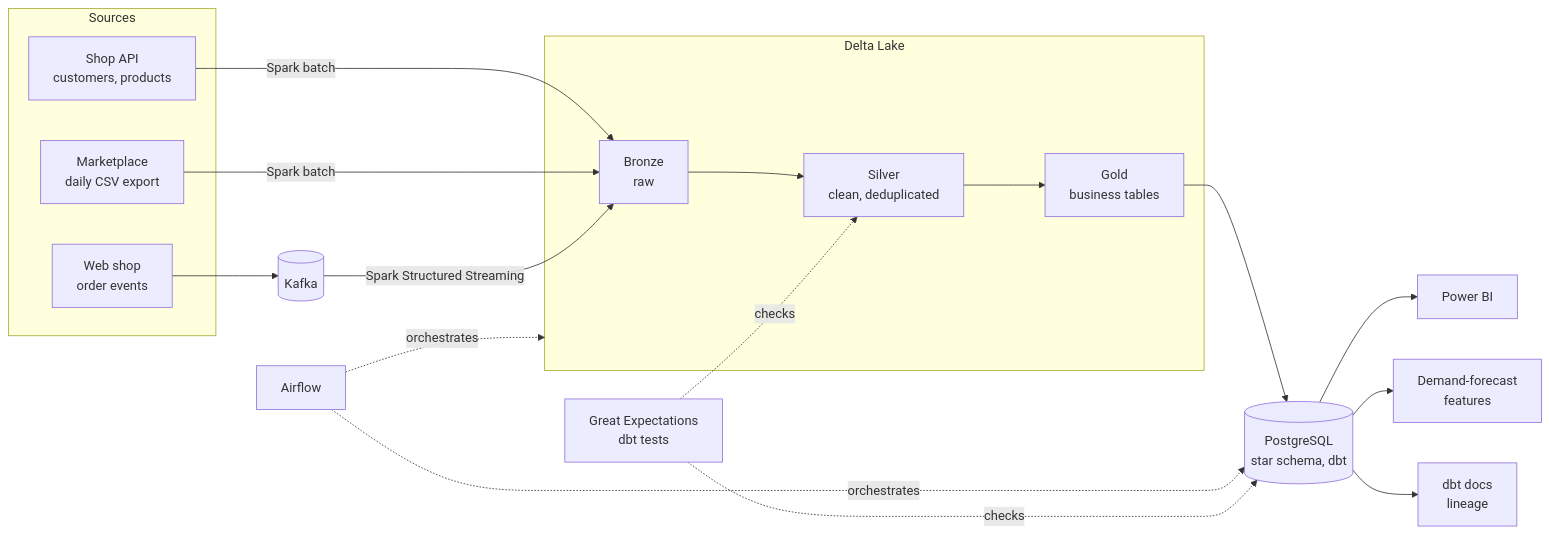
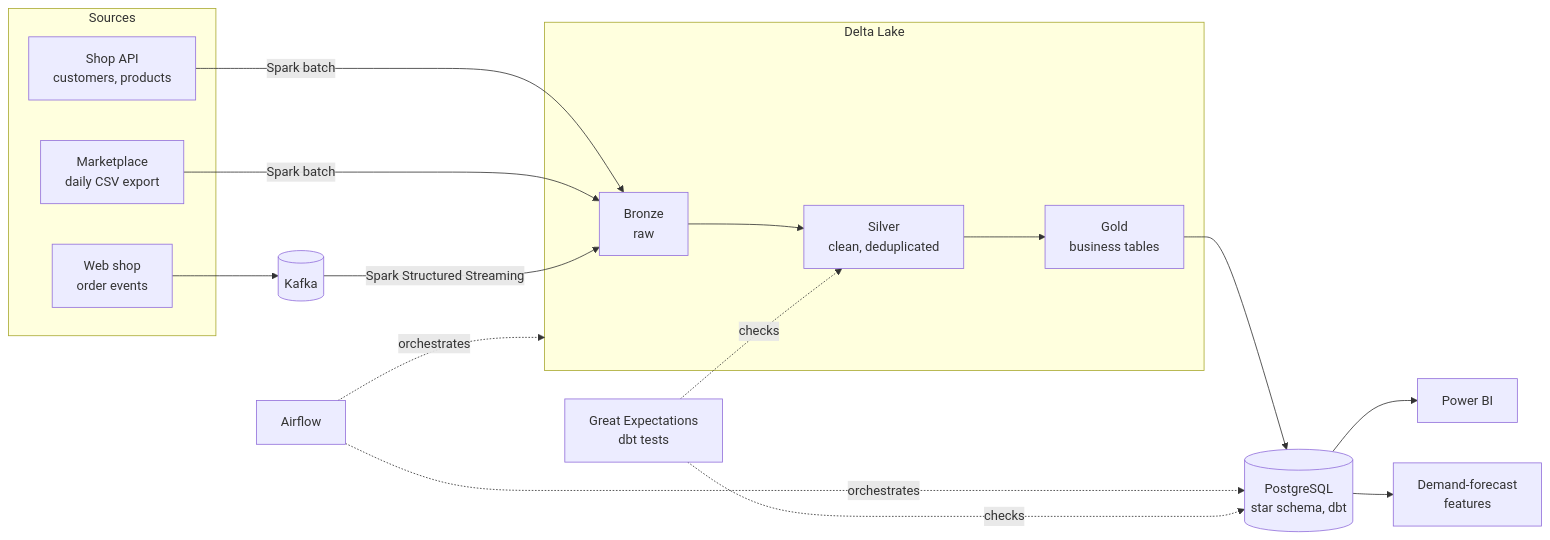
The diagram in README.md (Oussama-essalehi/ecommerce-data-platform), drawn with Mermaid before and after one commit. The commit also changed other lines of this file and 6 other files, not shown here.

````diff
--- a/README.md
+++ b/README.md
@@ -23,28 +23,27 @@
 ```mermaid
 flowchart LR
     subgraph Sources
         API[Shop API<br/>customers, products]
         CSV[Marketplace<br/>daily CSV export]
         WEB[Web shop<br/>order events]
     end
 
     WEB --> K[(Kafka)]
 
     subgraph Lake[Delta Lake]
         B[Bronze<br/>raw] --> S[Silver<br/>clean, deduplicated] --> G[Gold<br/>business tables]
     end
 
     API -- Spark batch --> B
     CSV -- Spark batch --> B
     K -- Spark Structured Streaming --> B
 
     G --> W[(PostgreSQL<br/>star schema, dbt)]
     W --> BI[Power BI]
     W --> F[Demand-forecast<br/>features]
-    W --> DOC[dbt docs<br/>lineage]
 
     AF[Airflow] -. orchestrates .-> Lake
     AF -. orchestrates .-> W
     GE[Great Expectations<br/>dbt tests] -. checks .-> S
     GE -. checks .-> W
 ```
````
